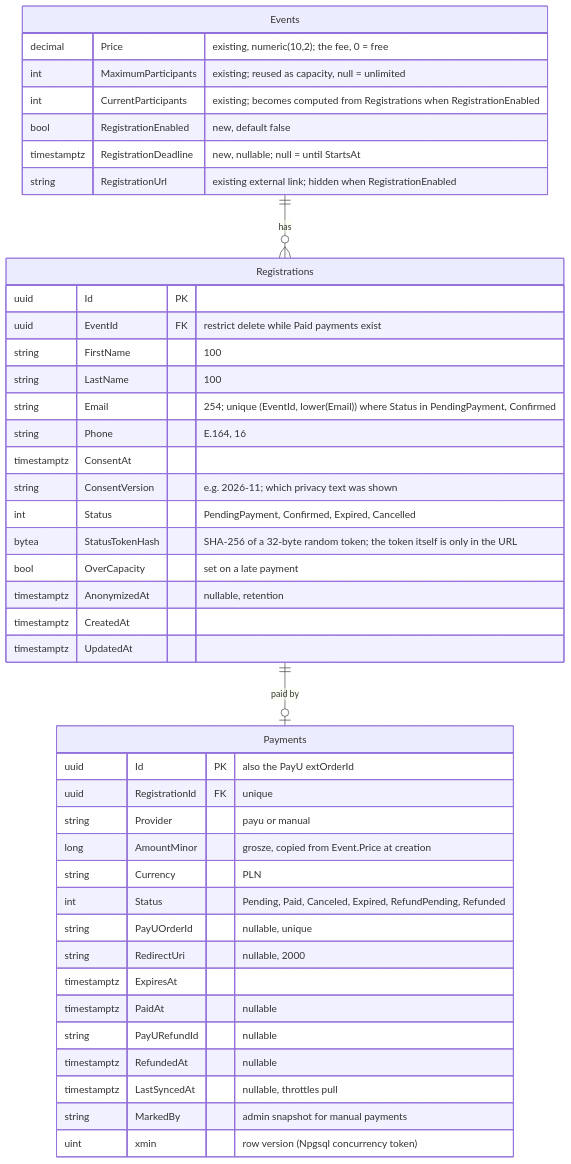
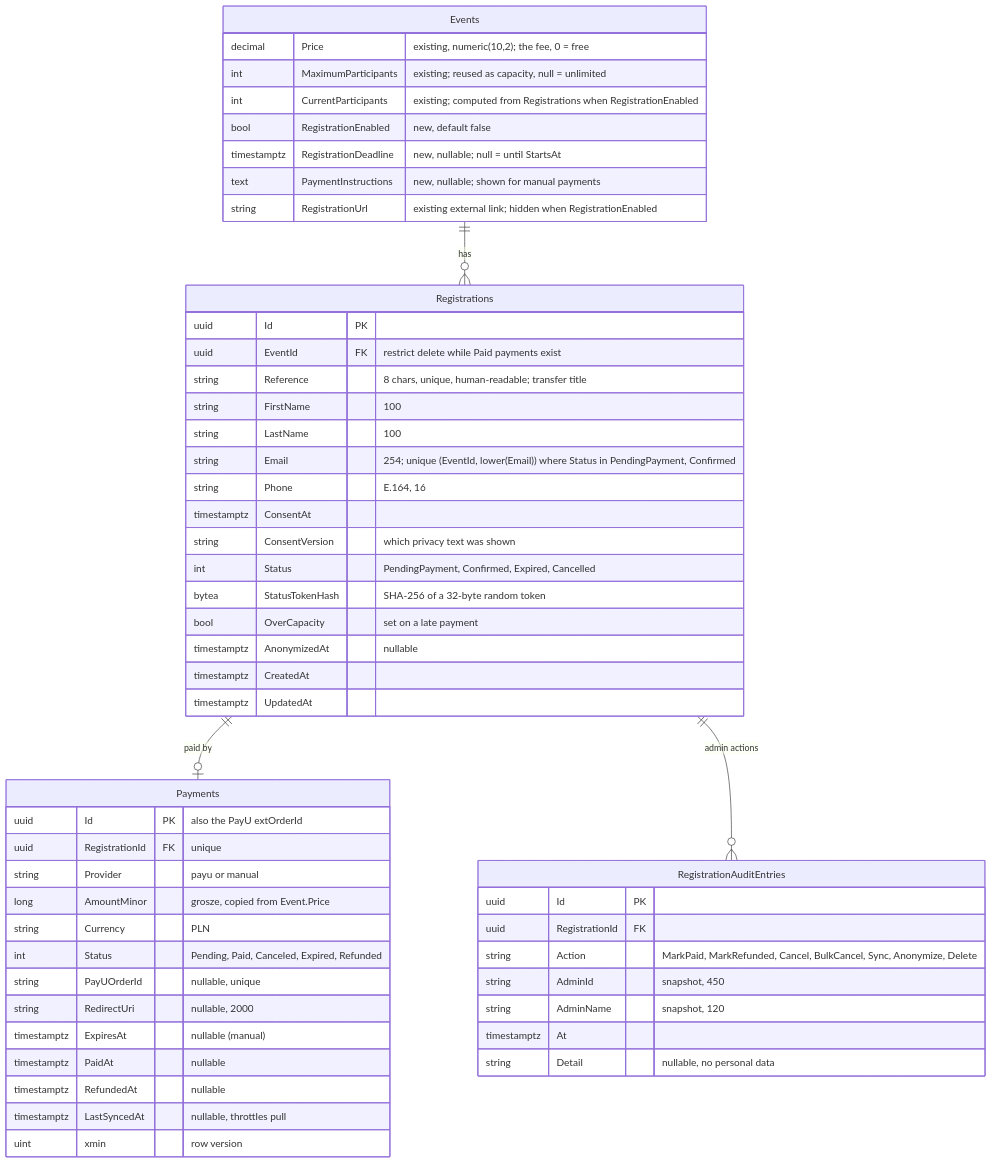
The third of 4 diagrams in docs/adr/005-event-registration-and-payu-payments.md (ESN-App/ESN-App), drawn with Mermaid before and after one commit. The commit also changed other lines of this file, not shown here.

````diff
--- a/docs/adr/005-event-registration-and-payu-payments.md
+++ b/docs/adr/005-event-registration-and-payu-payments.md
@@ -202,47 +245,57 @@
 ```mermaid
 erDiagram
     Events ||--o{ Registrations : "has"
     Registrations ||--o| Payments : "paid by"
+    Registrations ||--o{ RegistrationAuditEntries : "admin actions"
 
     Events {
         decimal Price "existing, numeric(10,2); the fee, 0 = free"
         int MaximumParticipants "existing; reused as capacity, null = unlimited"
-        int CurrentParticipants "existing; becomes computed from Registrations when RegistrationEnabled"
+        int CurrentParticipants "existing; computed from Registrations when RegistrationEnabled"
         bool RegistrationEnabled "new, default false"
         timestamptz RegistrationDeadline "new, nullable; null = until StartsAt"
+        text PaymentInstructions "new, nullable; shown for manual payments"
         string RegistrationUrl "existing external link; hidden when RegistrationEnabled"
     }
     Registrations {
         uuid Id PK
         uuid EventId FK "restrict delete while Paid payments exist"
+        string Reference "8 chars, unique, human-readable; transfer title"
         string FirstName "100"
         string LastName "100"
         string Email "254; unique (EventId, lower(Email)) where Status in PendingPayment, Confirmed"
         string Phone "E.164, 16"
         timestamptz ConsentAt
-        string ConsentVersion "e.g. 2026-11; which privacy text was shown"
+        string ConsentVersion "which privacy text was shown"
         int Status "PendingPayment, Confirmed, Expired, Cancelled"
-        bytea StatusTokenHash "SHA-256 of a 32-byte random token; the token itself is only in the URL"
+        bytea StatusTokenHash "SHA-256 of a 32-byte random token"
         bool OverCapacity "set on a late payment"
-        timestamptz AnonymizedAt "nullable, retention"
+        timestamptz AnonymizedAt "nullable"
         timestamptz CreatedAt
         timestamptz UpdatedAt
     }
     Payments {
         uuid Id PK "also the PayU extOrderId"
         uuid RegistrationId FK "unique"
         string Provider "payu or manual"
-        long AmountMinor "grosze, copied from Event.Price at creation"
+        long AmountMinor "grosze, copied from Event.Price"
         string Currency "PLN"
-        int Status "Pending, Paid, Canceled, Expired, RefundPending, Refunded"
+        int Status "Pending, Paid, Canceled, Expired, Refunded"
         string PayUOrderId "nullable, unique"
         string RedirectUri "nullable, 2000"
-        timestamptz ExpiresAt
+        timestamptz ExpiresAt "nullable (manual)"
         timestamptz PaidAt "nullable"
-        string PayURefundId "nullable"
         timestamptz RefundedAt "nullable"
         timestamptz LastSyncedAt "nullable, throttles pull"
-        string MarkedBy "admin snapshot for manual payments"
-        uint xmin "row version (Npgsql concurrency token)"
+        uint xmin "row version"
+    }
+    RegistrationAuditEntries {
+        uuid Id PK
+        uuid RegistrationId FK
+        string Action "MarkPaid, MarkRefunded, Cancel, BulkCancel, Sync, Anonymize, Delete"
+        string AdminId "snapshot, 450"
+        string AdminName "snapshot, 120"
+        timestamptz At
+        string Detail "nullable, no personal data"
     }
 ```
````
